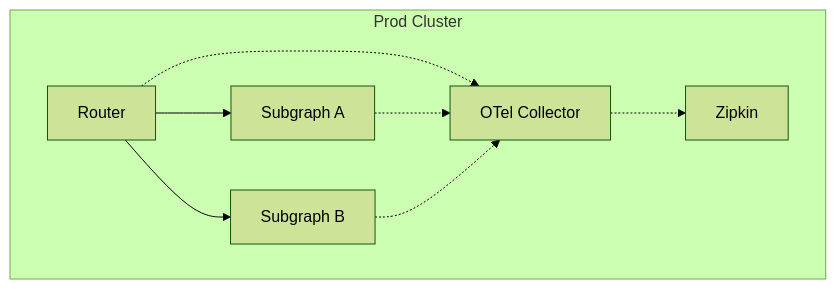
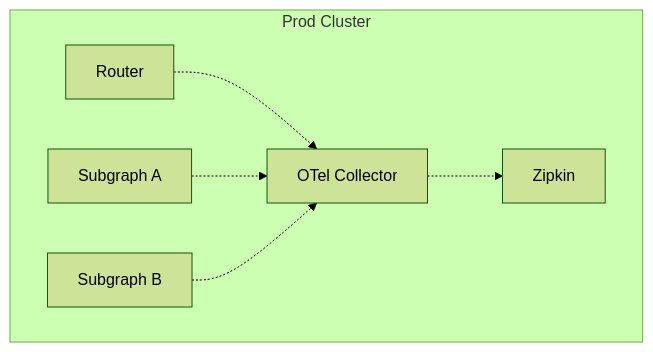
The fifth of 12 diagrams in src/content/graphos/enterprise/reference-architecture.mdx (apollographql/docs), drawn with Mermaid (forest theme) before and after one commit. The commit also changed other lines of this file, not shown here.

````diff
--- a/src/content/graphos/enterprise/reference-architecture.mdx
+++ b/src/content/graphos/enterprise/reference-architecture.mdx
@@ -269,20 +274,17 @@
 ```mermaid
 flowchart TB
   subgraph devcluster["Prod Cluster"]
     router["Router"]
     subgrapha["Subgraph A"]
     subgraphb["Subgraph B"]
 
     collector["OTel Collector"]
     zipkin[Zipkin]
   end
 	
 	%% Relationships
-	router --> subgrapha
-	router --> subgraphb
-	
 	router -.-> collector
 	subgrapha -.-> collector
 	subgraphb -.-> collector
 	collector -.-> zipkin
 ```
````
